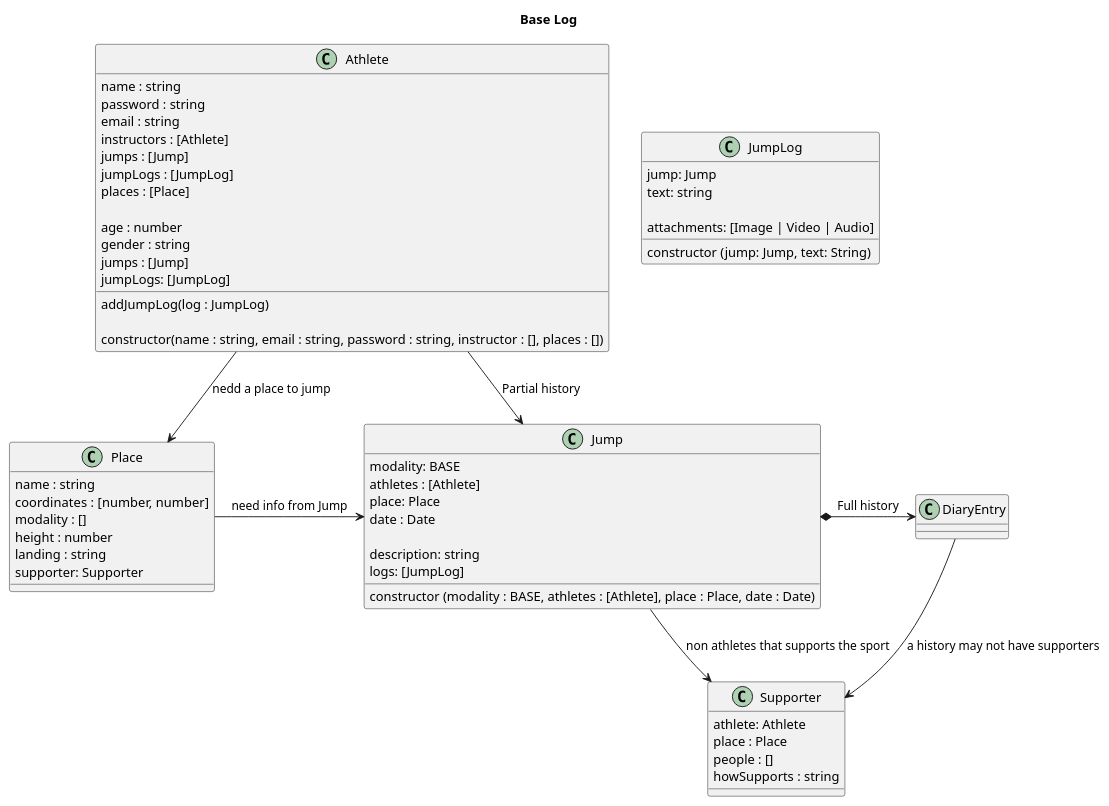
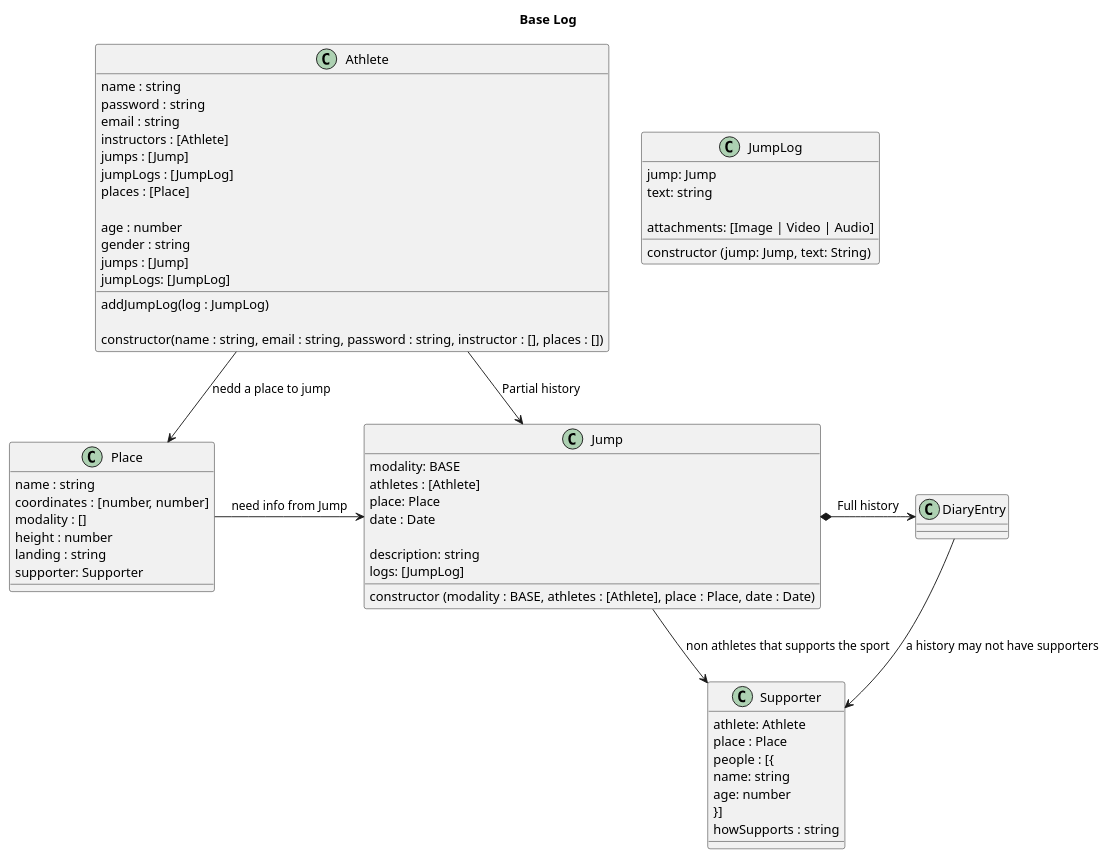
Before and after one commit to discombobulateme/webdoc: the diagram in architecture/class.puml, drawn with PlantUML.

Commit message:
Change people simple array to a child

```diff
--- a/architecture/class.puml
+++ b/architecture/class.puml
@@ -1,82 +1,85 @@
 @startuml Base Log
 Title Base Log
 
 class Athlete {
 name : string
 password : string
 email : string
 instructors : [Athlete]
 jumps : [Jump]
 jumpLogs : [JumpLog]
 places : [Place]
 
 age : number
 gender : string
 ' record of the jumps user did, has more than 1 log
 jumps : [Jump]
 ' my unique jumps logs
 jumpLogs: [JumpLog]
 
 addJumpLog(log : JumpLog)
 
 constructor(name : string, email : string, password : string, instructor : [], places : [])
 }
 
 class Jump {
 ' addJump(Jump)
 ' Verify: if that place exists
 ' Verify: if you are linked in date and place with a Jump
 modality: BASE
 athletes : [Athlete]
 place: Place
 date : Date
 
 ' this is a sinopse
 description: string
 logs: [JumpLog]
 
 constructor (modality : BASE, athletes : [Athlete], place : Place, date : Date)
 }
 
 class JumpLog {
 jump: Jump
 ' this is the full history text
 text: string
 
 attachments: [Image | Video | Audio]
 
 constructor (jump: Jump, text: String)
 }
 
 class Place {
 name : string
 coordinates : [number, number]
 modality : []
 height : number
 landing : string
 supporter: Supporter
 'add child: exitPoint
 }
 
 'non Athletes that supports the sport
 class Supporter {
 ' a supporter can associate with a place or a person
 athlete: Athlete
 place : Place
-people : []
+people : [{
+  name: string
+  age: number
+}]
 howSupports : string
 }
 
 ' Head *- Hand : composition
 ' Parent o-- IndependentChild : agregation
 ' Need --> Use : association
 
 Athlete --> Place : nedd a place to jump
 Athlete -> Jump : Partial history
 
 Place -> Jump : need info from Jump
 Jump *-> DiaryEntry : Full history
 Jump --> Supporter : non athletes that supports the sport
 DiaryEntry --> Supporter : a history may not have supporters
 
 @enduml
```
